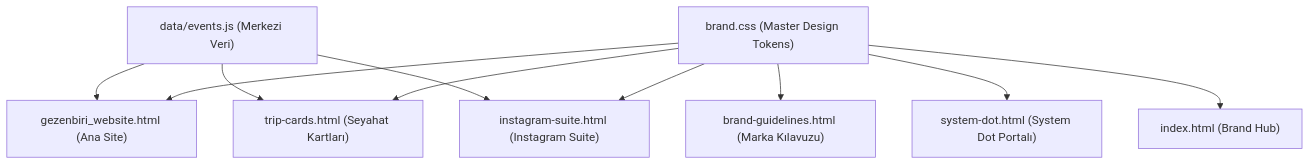
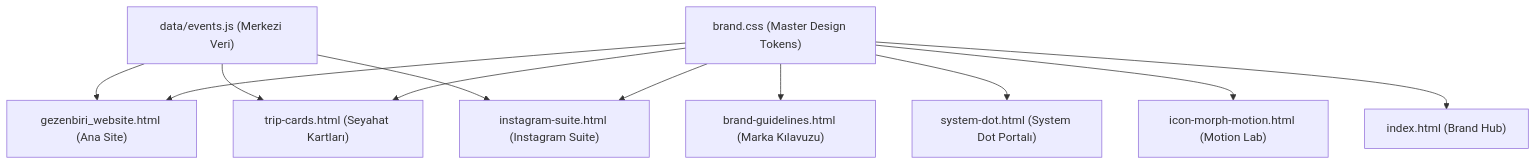
The diagram in README.md (msaglamoz/gezenbiri), drawn with Mermaid before and after one commit. The commit also changed other lines of this file and 3 other files, not shown here.

Commit message:
docs(hub): link icon-morph-motion.html across brand hub, guidelines, system dot portal, and README

````diff
--- a/README.md
+++ b/README.md
@@ -162,12 +163,13 @@
 ```mermaid
 graph TD
     A["data/events.js (Merkezi Veri)"] --> B["gezenbiri_website.html (Ana Site)"]
     A --> C["trip-cards.html (Seyahat Kartları)"]
     A --> D["instagram-suite.html (Instagram Suite)"]
     E["brand.css (Master Design Tokens)"] --> B
     E --> C
     E --> D
     E --> F["brand-guidelines.html (Marka Kılavuzu)"]
     E --> G["system-dot.html (System Dot Portalı)"]
-    E --> H["index.html (Brand Hub)"]
+    E --> H["icon-morph-motion.html (Motion Lab)"]
+    E --> I["index.html (Brand Hub)"]
 ```
````
